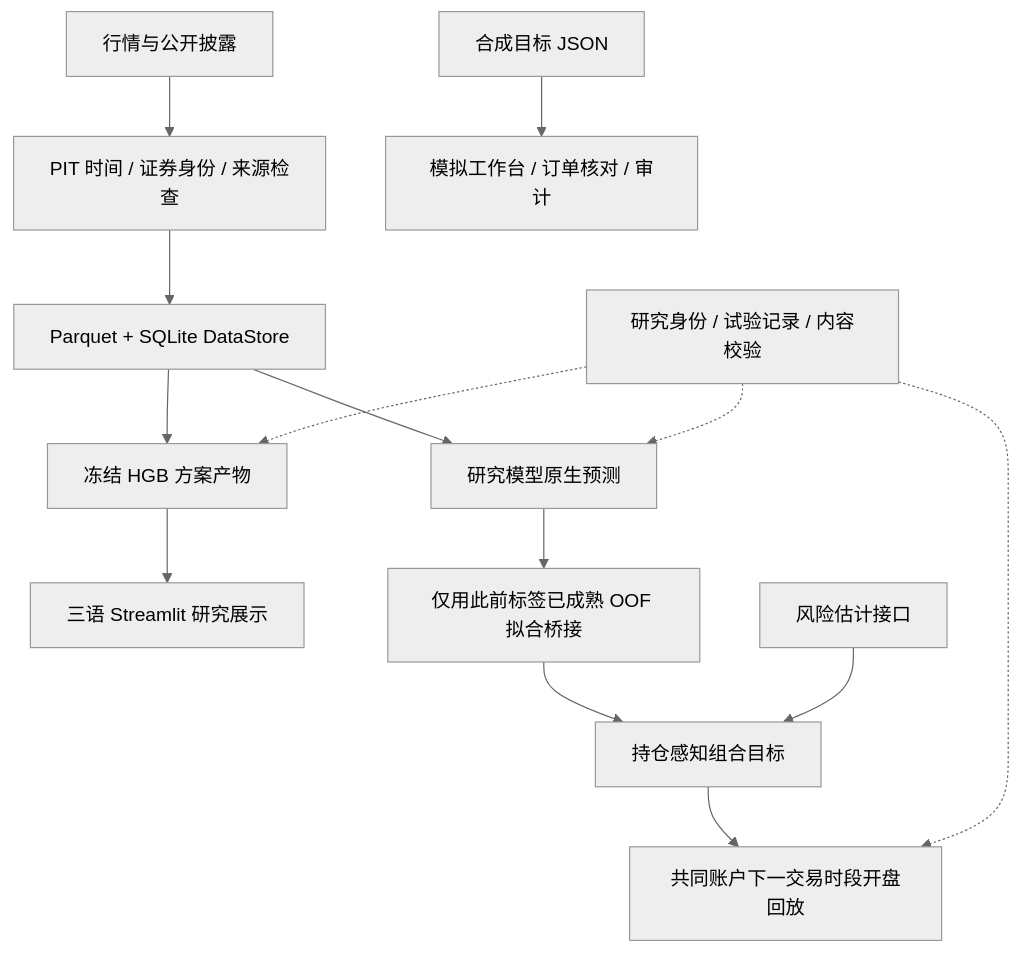
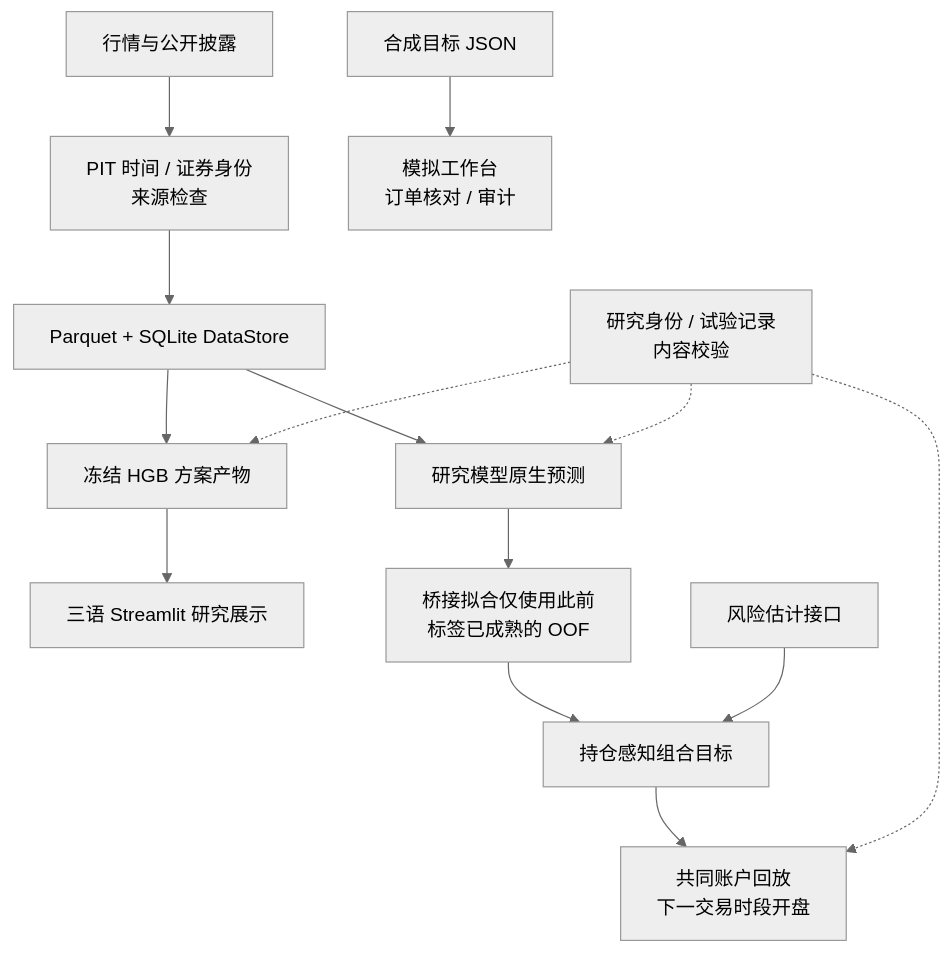
One commit to kinryukii/us-tech-quant-v21 changed the diagram in docs/README.zh.md. Above: the diagram before and after it, drawn with Mermaid (neutral theme). The commit also changed 2 other files, not shown here.

Commit message:
docs: improve multilingual architecture label wrapping

````diff
--- a/docs/README.zh.md
+++ b/docs/README.zh.md
@@ -32,16 +32,16 @@
 ```mermaid
 flowchart TB
-    Sources[行情与公开披露] --> PIT[PIT 时间 / 证券身份 / 来源检查]
+    Sources[行情与公开披露] --> PIT["PIT 时间 / 证券身份<br/>来源检查"]
     PIT --> Store[Parquet + SQLite DataStore]
     Store --> HGB[冻结 HGB 方案产物]
     HGB --> Demo[三语 Streamlit 研究展示]
     Store --> Forecast[研究模型原生预测]
-    Forecast --> Bridge[仅用此前标签已成熟 OOF 拟合桥接]
+    Forecast --> Bridge["桥接拟合仅使用此前<br/>标签已成熟的 OOF"]
     Bridge --> Policy[持仓感知组合目标]
     Risk[风险估计接口] --> Policy
-    Policy --> Replay[共同账户下一交易时段开盘回放]
-    Registry[研究身份 / 试验记录 / 内容校验] -.-> HGB
+    Policy --> Replay["共同账户回放<br/>下一交易时段开盘"]
+    Registry["研究身份 / 试验记录<br/>内容校验"] -.-> HGB
     Registry -.-> Forecast
     Registry -.-> Replay
-    JSON[合成目标 JSON] --> Paper[模拟工作台 / 订单核对 / 审计]
+    JSON[合成目标 JSON] --> Paper["模拟工作台<br/>订单核对 / 审计"]
 ```
````
